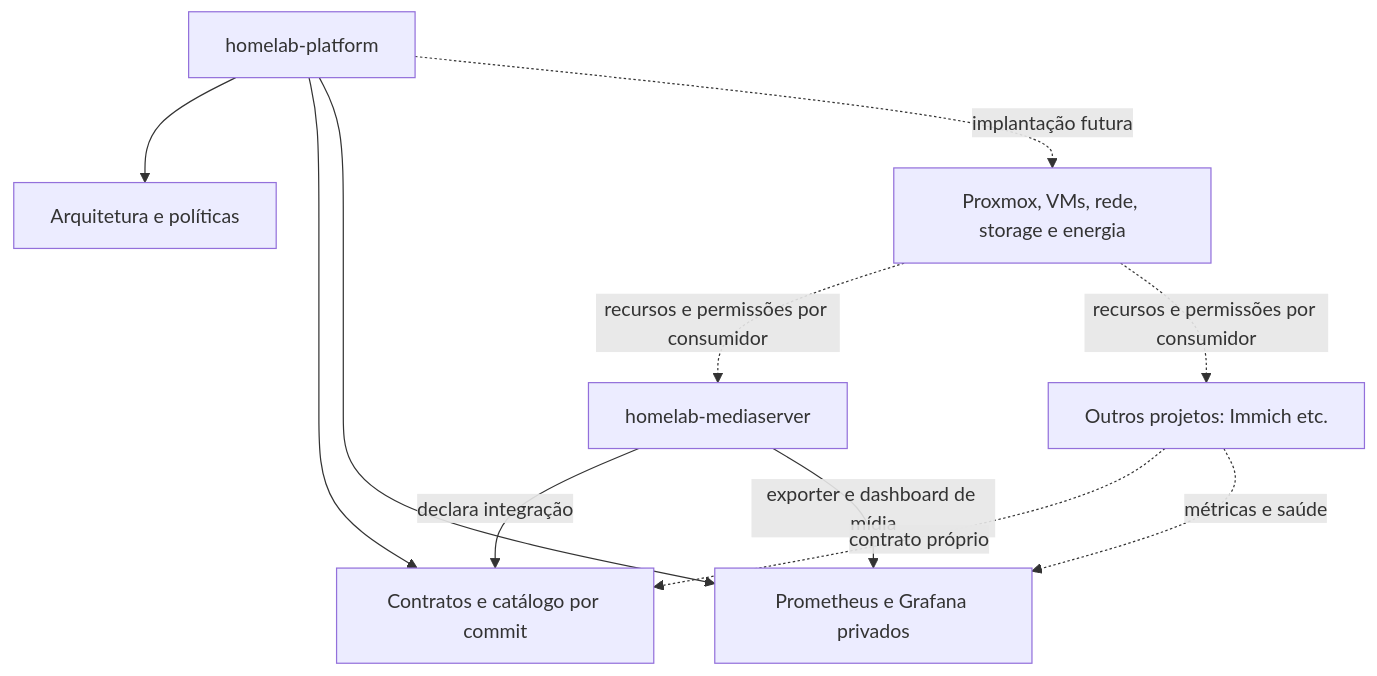
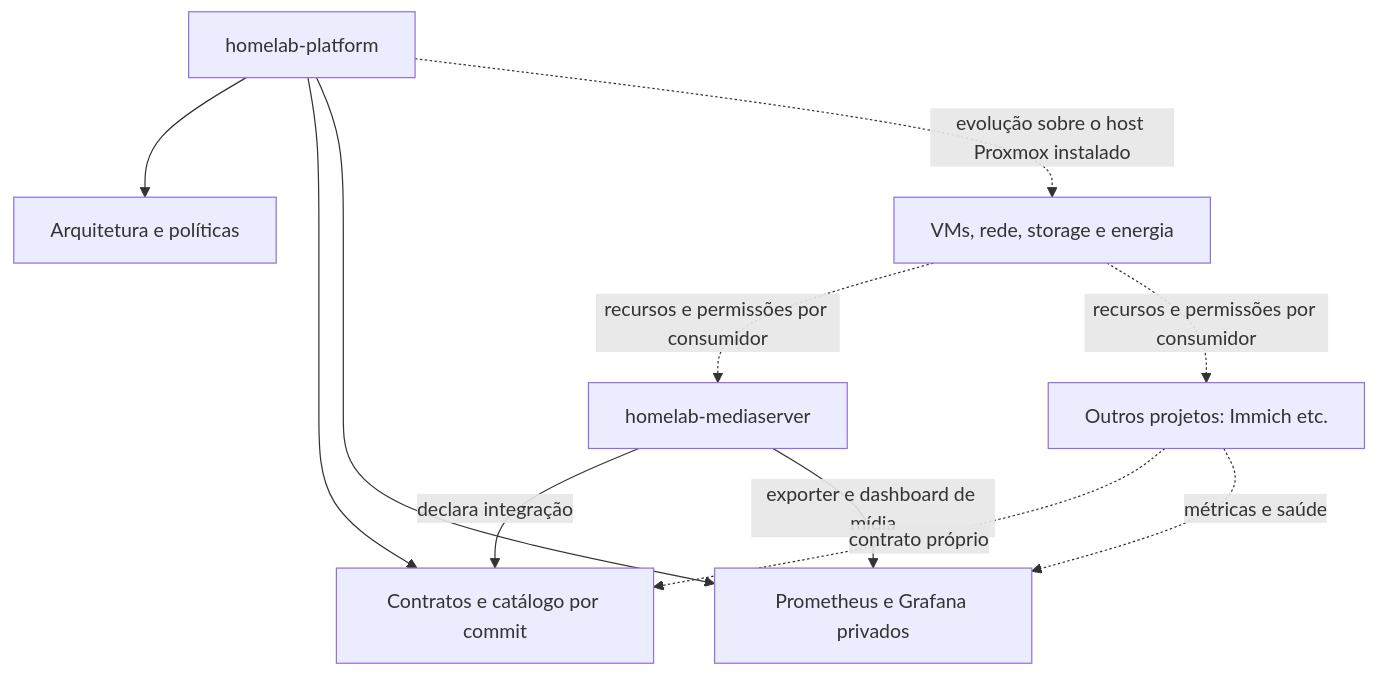
One commit to reisguilherme/homelab-platform changed the diagram in README.md. Above: the diagram before and after it, drawn with Mermaid. The commit also changed other lines of this file and 8 other files, not shown here.

Commit message:
docs: registrar entrega verificada do host Proxmox

````diff
--- a/README.md
+++ b/README.md
@@ -13,13 +15,13 @@
 ```mermaid
 flowchart TB
   P[homelab-platform] --> A[Arquitetura e políticas]
   P --> C[Contratos e catálogo por commit]
   P --> O[Prometheus e Grafana privados]
-  P -. implantação futura .-> I[Proxmox, VMs, rede, storage e energia]
+  P -. evolução sobre o host Proxmox instalado .-> I[VMs, rede, storage e energia]
   M[homelab-mediaserver] -->|declara integração| C
   M -->|exporter e dashboard de mídia| O
   F[Outros projetos: Immich etc.] -. contrato próprio .-> C
   F -. métricas e saúde .-> O
   I -. recursos e permissões por consumidor .-> M
   I -. recursos e permissões por consumidor .-> F
 ```
````
